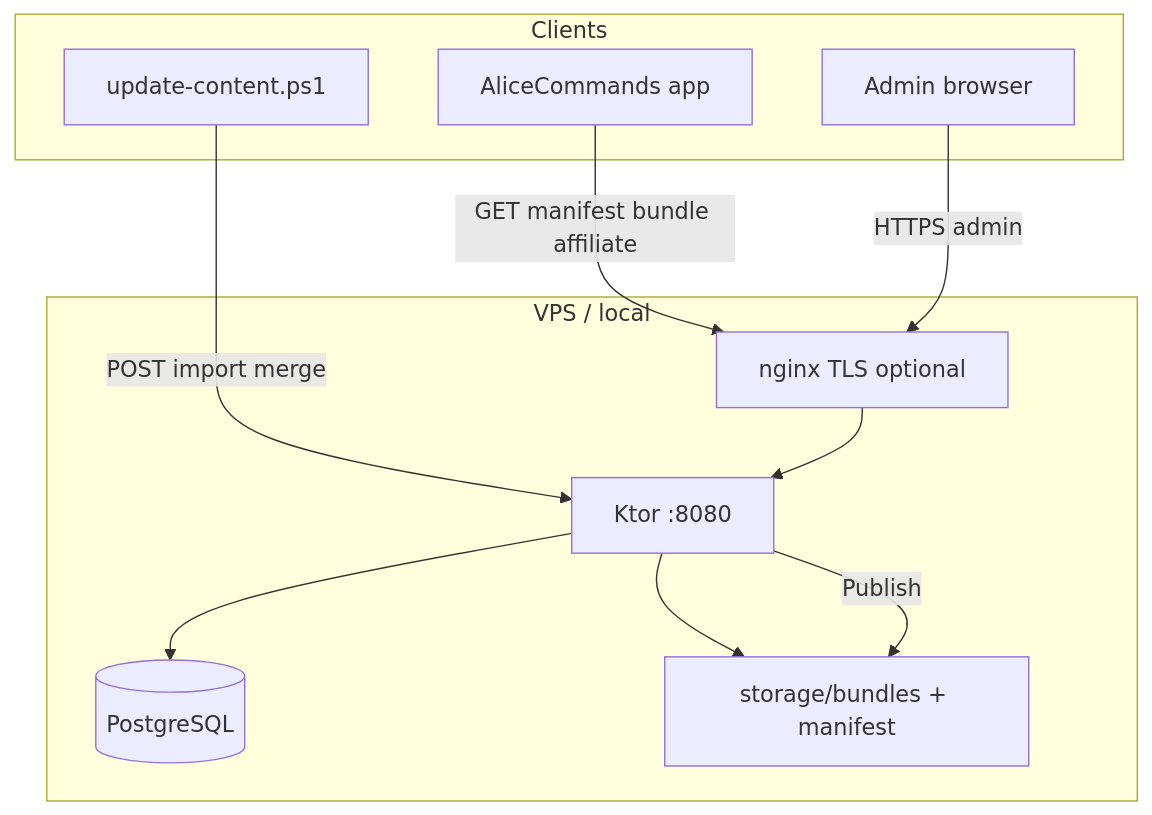
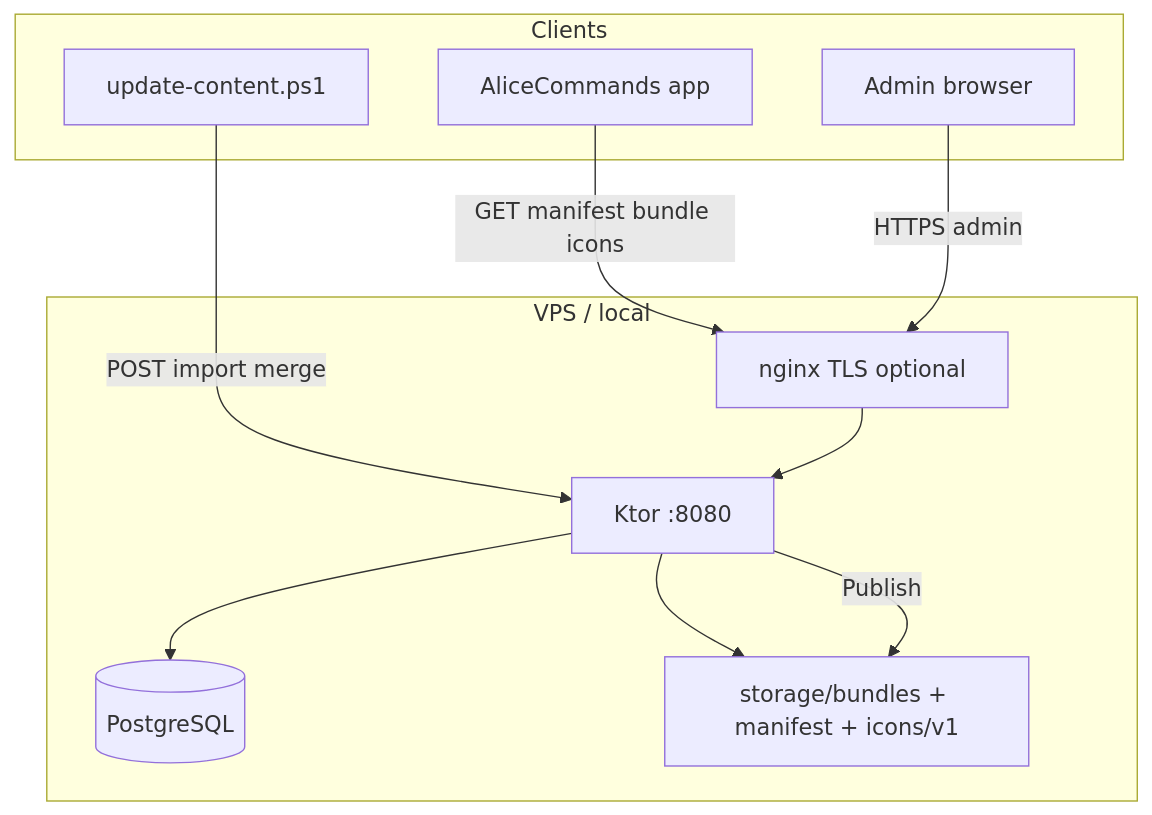
One commit to MironBano/alice-commands-api changed the first of 2 diagrams in docs/ARCHITECTURE.md. Above: the diagram before and after it, drawn with Mermaid. The commit also changed other lines of this file and 500 other files, not shown here.

First line of the commit message:
Add category/group icon pipeline, schema v2 content, and platform expansion.

````diff
--- a/docs/ARCHITECTURE.md
+++ b/docs/ARCHITECTURE.md
@@ -88,21 +95,21 @@
 ```mermaid
 flowchart TB
   subgraph clients [Clients]
     Android[AliceCommands app]
     Browser[Admin browser]
     Scripts[update-content.ps1]
   end
   subgraph vps [VPS / local]
     Nginx[nginx TLS optional]
     Ktor[Ktor :8080]
     PG[(PostgreSQL)]
-    FS[storage/bundles + manifest]
+    FS[storage/bundles + manifest + icons/v1]
   end
-  Android -->|GET manifest bundle affiliate| Nginx
+  Android -->|GET manifest bundle icons| Nginx
   Browser -->|HTTPS admin| Nginx
   Scripts -->|POST import merge| Ktor
   Nginx --> Ktor
   Ktor --> PG
   Ktor --> FS
   Ktor -->|Publish| FS
 ```
````
